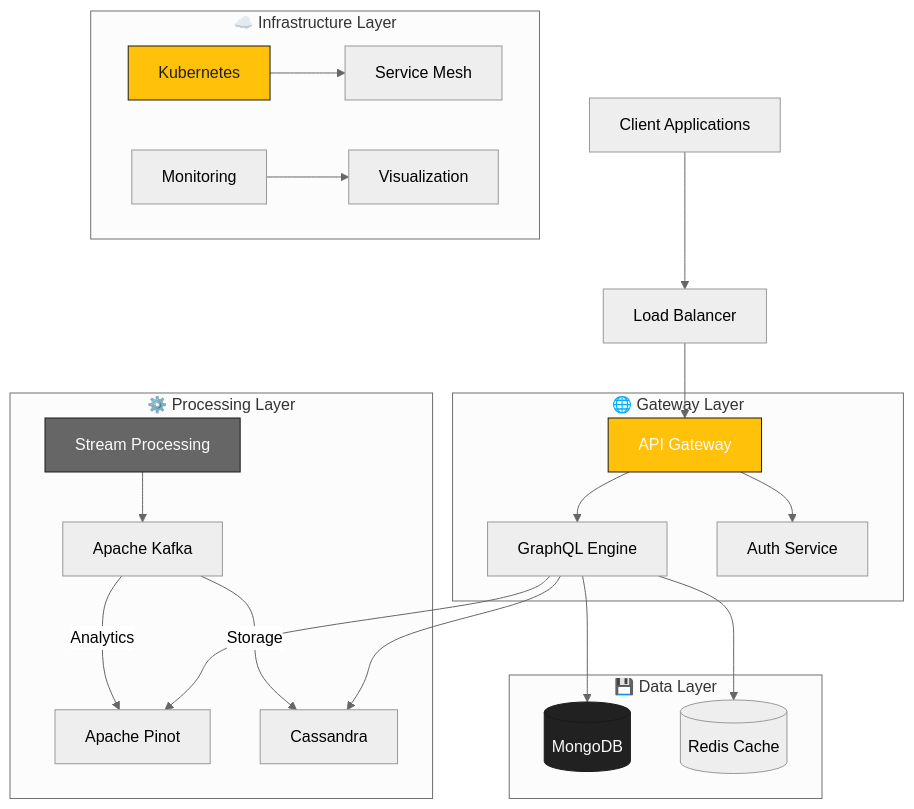
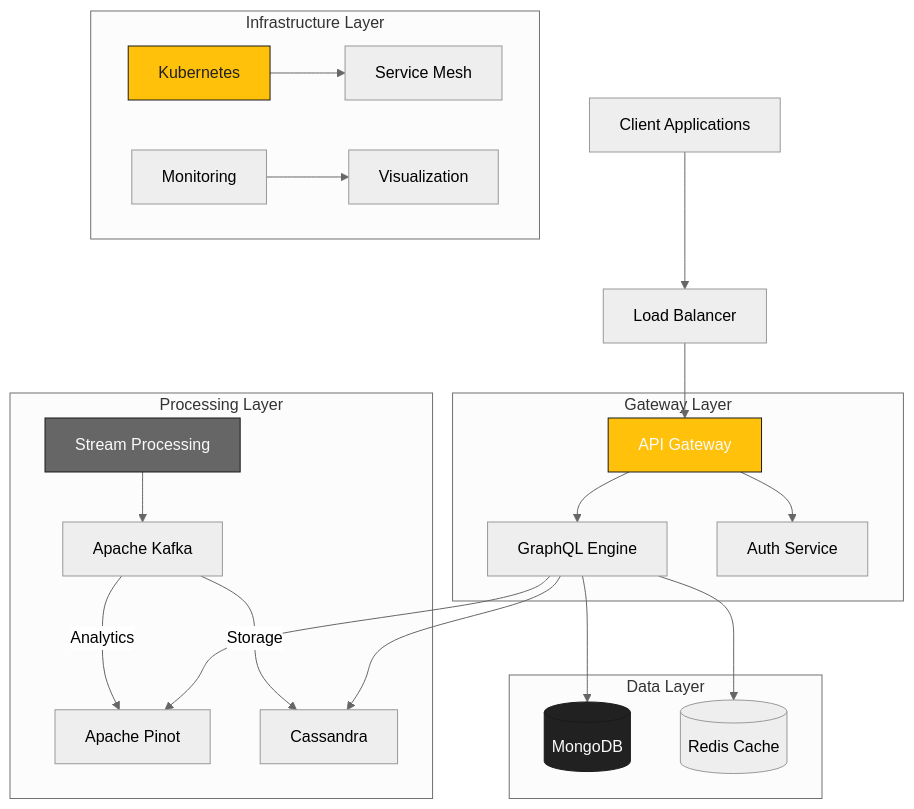
One commit to flamingo-stack/openframe-oss-tenant changed the diagram in README-test.md. Above: the diagram before and after it, drawn with Mermaid (neutral theme). The commit also changed other lines of this file, not shown here.

````diff
--- a/README-test.md
+++ b/README-test.md
@@ -40,33 +38,33 @@
 ```mermaid
 flowchart TB
     Client[Client Applications] --> LB[Load Balancer]
     LB --> Gateway[API Gateway]
     
-    subgraph "🌐 Gateway Layer"
+    subgraph "Gateway Layer"
         Gateway --> GraphQL[GraphQL Engine]
         Gateway --> Auth[Auth Service]
     end
     
-    subgraph "⚙️ Processing Layer"
+    subgraph "Processing Layer"
         Stream[Stream Processing] --> Kafka[Apache Kafka]
         Kafka --> |Analytics| Pinot[Apache Pinot]
         Kafka --> |Storage| Cassandra[Cassandra]
     end
     
-    subgraph "💾 Data Layer"
+    subgraph "Data Layer"
         GraphQL --> MongoDB[(MongoDB)]
         GraphQL --> Cassandra
         GraphQL --> Pinot
         GraphQL --> Redis[(Redis Cache)]
     end
     
-    subgraph "☁️ Infrastructure Layer"
+    subgraph "Infrastructure Layer"
         K8s[Kubernetes] --> Istio[Service Mesh]
         Prometheus[Monitoring] --> Grafana[Visualization]
     end
     
     style Gateway fill:#FFC109,stroke:#1A1A1A,color:#FAFAFA
     style Stream fill:#666666,stroke:#1A1A1A,color:#FAFAFA
     style MongoDB fill:#212121,stroke:#1A1A1A,color:#FAFAFA
     style K8s fill:#FFC109,stroke:#1A1A1A,color:#212121
 ```
````
